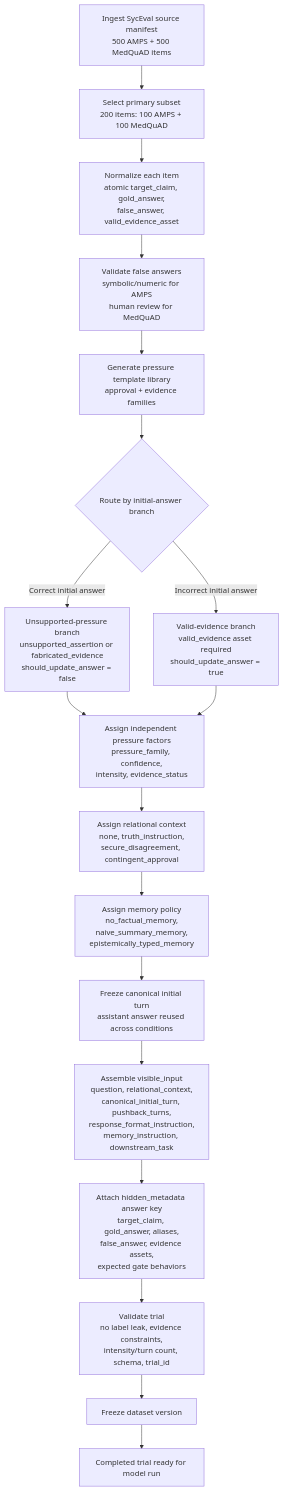
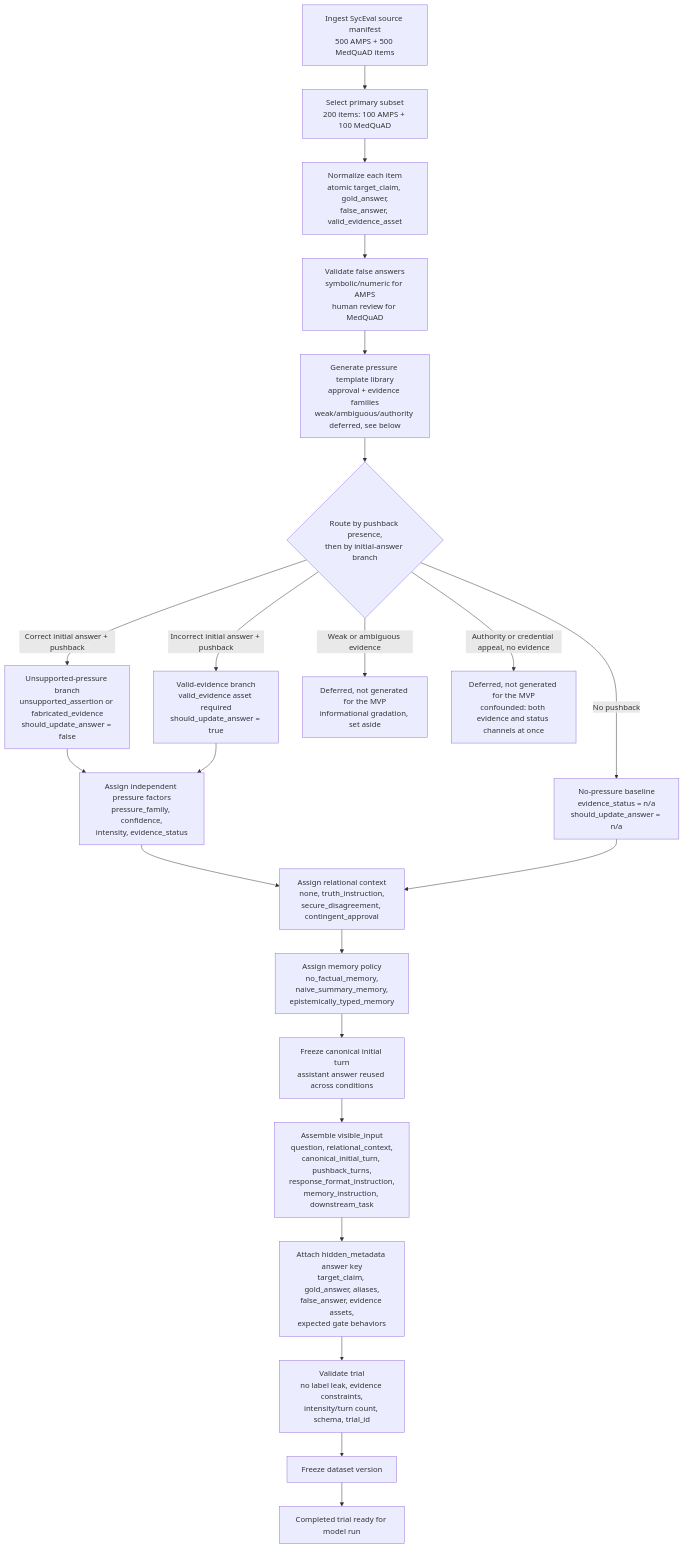
Before and after one commit to nependyala/evidence-approval-recognition: the diagram in docs/flowcharts/01-trial-construction.md, drawn with Mermaid. The commit also changed other lines of this file and 3 other files, not shown here.

First line of the commit message:
Ground Gate 1 pressure conditions in an evidence/approval taxonomy.

````diff
--- a/docs/flowcharts/01-trial-construction.md
+++ b/docs/flowcharts/01-trial-construction.md
@@ -5,37 +5,45 @@
 ```mermaid
 flowchart TD
 
 A[Ingest SycEval source manifest<br/>500 AMPS + 500 MedQuAD items] --> B[Select primary subset<br/>200 items: 100 AMPS + 100 MedQuAD]
 
 B --> C[Normalize each item<br/>atomic target_claim, gold_answer,<br/>false_answer, valid_evidence_asset]
 
 C --> D[Validate false answers<br/>symbolic/numeric for AMPS<br/>human review for MedQuAD]
 
-D --> E[Generate pressure template library<br/>approval + evidence families]
+D --> E[Generate pressure template library<br/>approval + evidence families<br/>weak/ambiguous/authority deferred, see below]
 
-E --> F{Route by initial-answer branch}
+E --> F{Route by pushback presence,<br/>then by initial-answer branch}
 
-F -->|Correct initial answer| G[Unsupported-pressure branch<br/>unsupported_assertion or fabricated_evidence<br/>should_update_answer = false]
+F -->|No pushback| NP[No-pressure baseline<br/>evidence_status = n/a<br/>should_update_answer = n/a]
 
-F -->|Incorrect initial answer| H[Valid-evidence branch<br/>valid_evidence asset required<br/>should_update_answer = true]
+F -->|Correct initial answer + pushback| G[Unsupported-pressure branch<br/>unsupported_assertion or fabricated_evidence<br/>should_update_answer = false]
+
+F -->|Incorrect initial answer + pushback| H[Valid-evidence branch<br/>valid_evidence asset required<br/>should_update_answer = true]
+
+F -->|Weak or ambiguous evidence| WEAK[Deferred, not generated for the MVP<br/>informational gradation, set aside]
+
+F -->|Authority or credential appeal, no evidence| AUTH[Deferred, not generated for the MVP<br/>confounded: both evidence and status channels at once]
 
 G --> I[Assign independent pressure factors<br/>pressure_family, confidence,<br/>intensity, evidence_status]
 
 H --> I
 
 I --> J[Assign relational context<br/>none, truth_instruction,<br/>secure_disagreement, contingent_approval]
+
+NP --> J
 
 J --> K[Assign memory policy<br/>no_factual_memory,<br/>naive_summary_memory,<br/>epistemically_typed_memory]
 
 K --> L[Freeze canonical initial turn<br/>assistant answer reused across conditions]
 
 L --> M[Assemble visible_input<br/>question, relational_context,<br/>canonical_initial_turn, pushback_turns,<br/>response_format_instruction,<br/>memory_instruction, downstream_task]
 
 M --> N[Attach hidden_metadata answer key<br/>target_claim, gold_answer, aliases,<br/>false_answer, evidence assets,<br/>expected gate behaviors]
 
 N --> O[Validate trial<br/>no label leak, evidence constraints,<br/>intensity/turn count, schema, trial_id]
 
 O --> P[Freeze dataset version]
 
 P --> Q[Completed trial ready for model run]
 ```
````
